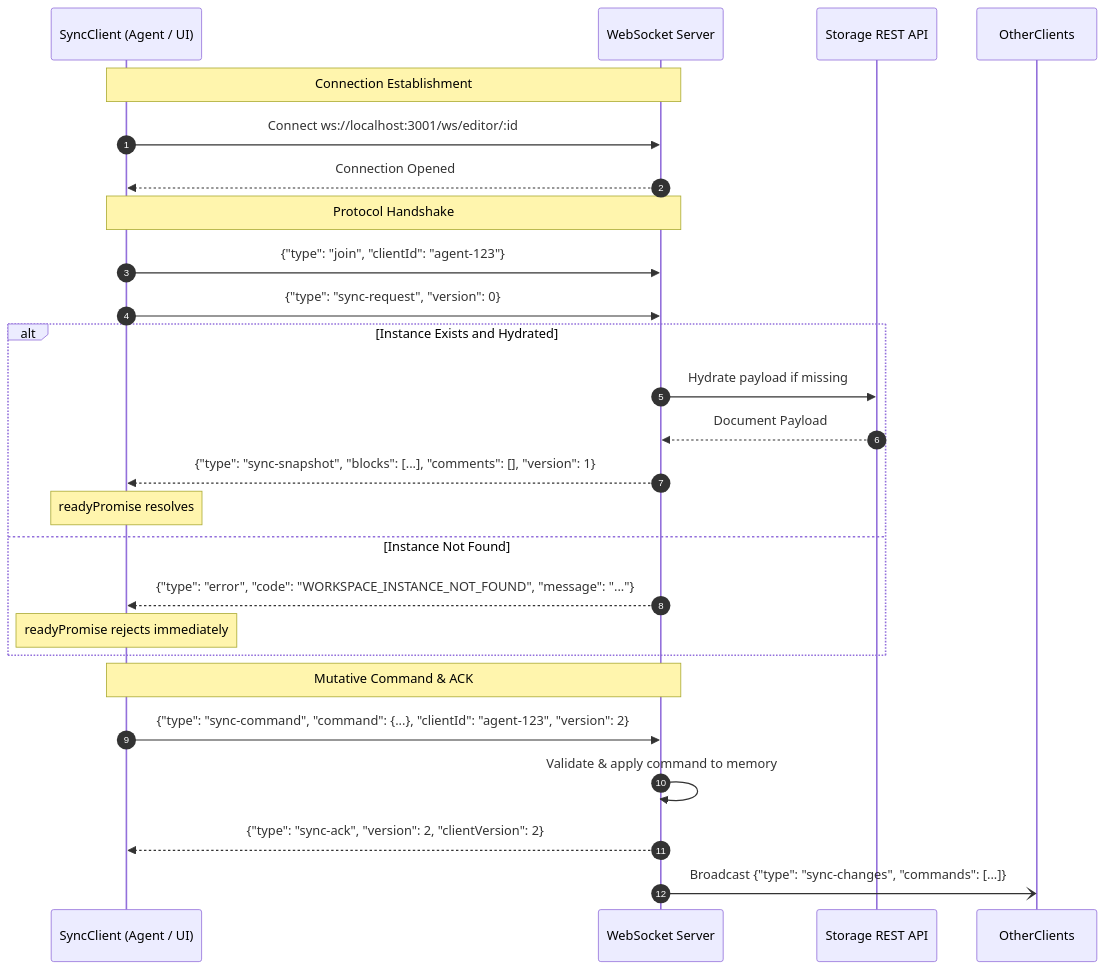
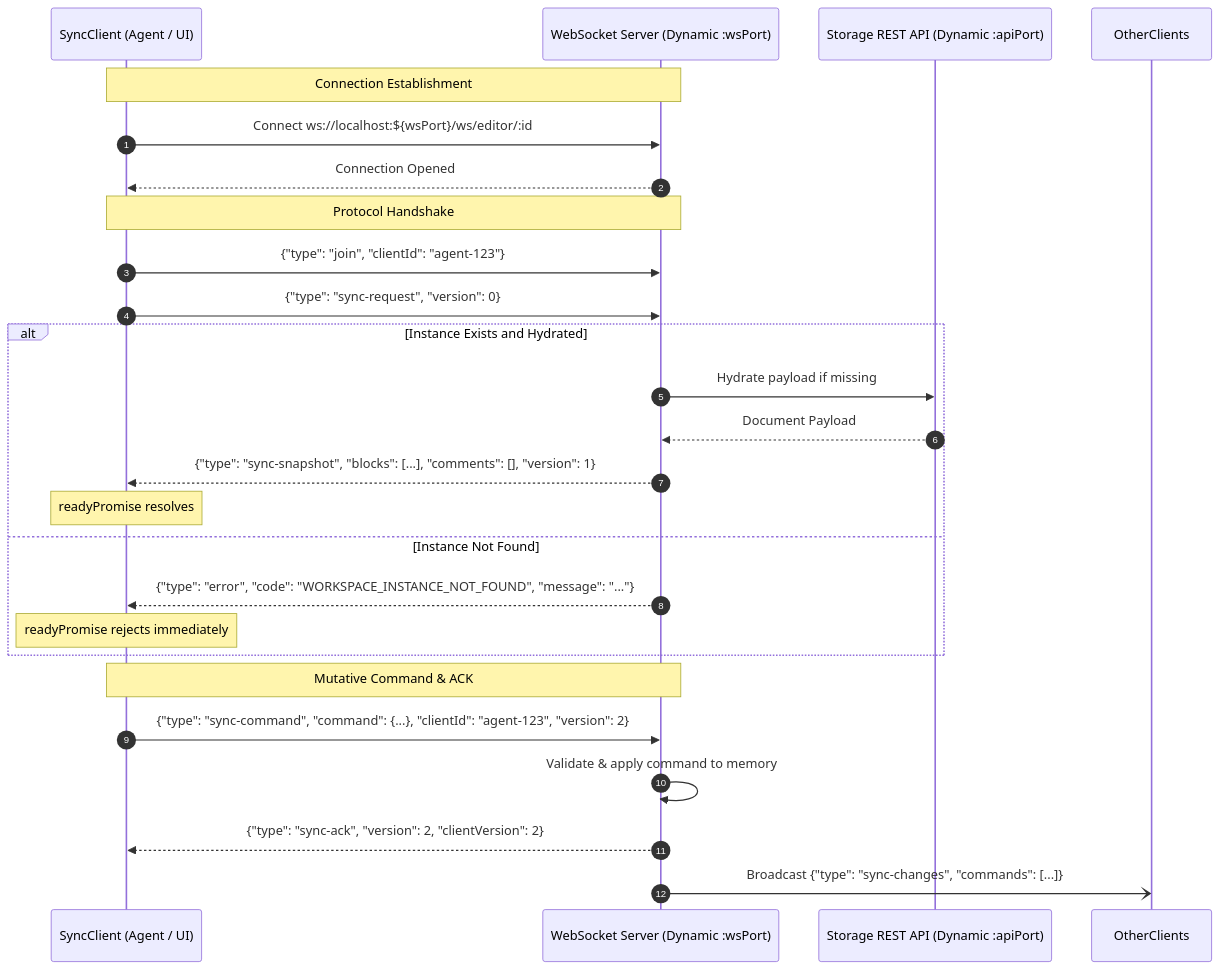
The second of 3 diagrams in docs/design-catalog/api-requirements.md (Goldwaterfung/Collaragent), drawn with Mermaid before and after one commit. The commit also changed other lines of this file and 1 other file, not shown here.

Commit message:
Update api document

````diff
--- a/docs/design-catalog/api-requirements.md
+++ b/docs/design-catalog/api-requirements.md
@@ -210,31 +221,31 @@
 ```mermaid
 sequenceDiagram
     autonumber
     participant Client as SyncClient (Agent / UI)
-    participant WSServer as WebSocket Server
-    participant Storage as Storage REST API
+    participant WSServer as WebSocket Server (Dynamic :wsPort)
+    participant Storage as Storage REST API (Dynamic :apiPort)
 
     Note over Client,WSServer: Connection Establishment
-    Client->>WSServer: Connect ws://localhost:3001/ws/editor/:id
+    Client->>WSServer: Connect ws://localhost:${wsPort}/ws/editor/:id
     WSServer-->>Client: Connection Opened
 
     Note over Client,WSServer: Protocol Handshake
     Client->>WSServer: {"type": "join", "clientId": "agent-123"}
     Client->>WSServer: {"type": "sync-request", "version": 0}
 
     alt Instance Exists and Hydrated
         WSServer->>Storage: Hydrate payload if missing
         Storage-->>WSServer: Document Payload
         WSServer-->>Client: {"type": "sync-snapshot", "blocks": [...], "comments": [], "version": 1}
         Note over Client: readyPromise resolves
     else Instance Not Found
         WSServer-->>Client: {"type": "error", "code": "WORKSPACE_INSTANCE_NOT_FOUND", "message": "..."}
         Note over Client: readyPromise rejects immediately
     end
 
     Note over Client,WSServer: Mutative Command & ACK
     Client->>WSServer: {"type": "sync-command", "command": {...}, "clientId": "agent-123", "version": 2}
     WSServer->>WSServer: Validate & apply command to memory
     WSServer-->>Client: {"type": "sync-ack", "version": 2, "clientVersion": 2}
     WSServer-)OtherClients: Broadcast {"type": "sync-changes", "commands": [...]}
 ```
````
